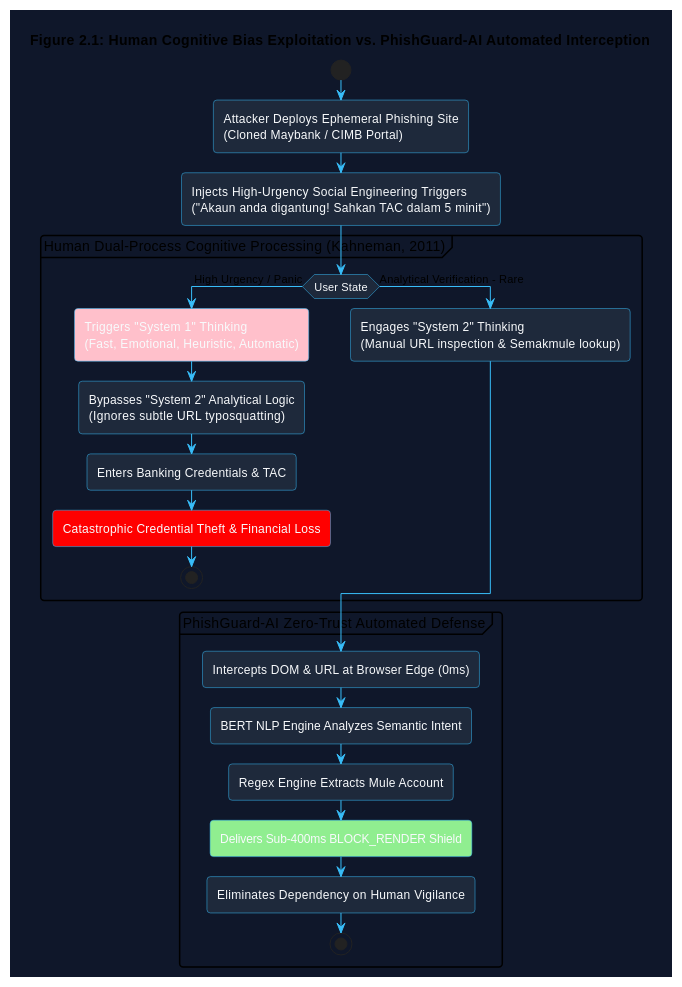
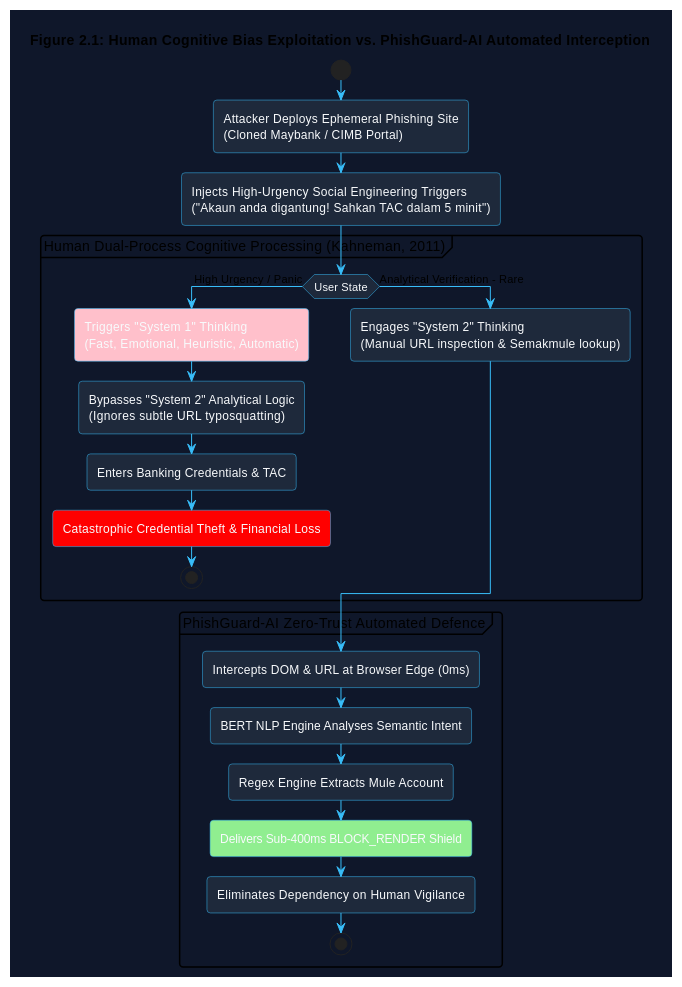
One commit to KunTheNoobie/PhishGuard-AI-Complete changed the first of 4 diagrams in report/Chapter_2_Literature_Review.md. Above: the diagram before and after it, drawn with PlantUML. The commit also changed other lines of this file, not shown here.

````diff
--- a/report/Chapter_2_Literature_Review.md
+++ b/report/Chapter_2_Literature_Review.md
@@ -51,38 +51,38 @@
 ```plantuml
 @startuml Cognitive_Exploitation_Chapter_2
 !theme vibrant
 skinparam backgroundColor #0f172a
 skinparam ArrowColor #38bdf8
 skinparam ActivityBorderColor #38bdf8
 skinparam ActivityBackgroundColor #1e293b
 skinparam ActivityFontColor #f8fafc
 
 title Figure 2.1: Human Cognitive Bias Exploitation vs. PhishGuard-AI Automated Interception
 
 start
 :Attacker Deploys Ephemeral Phishing Site\n(Cloned Maybank / CIMB Portal);
 :Injects High-Urgency Social Engineering Triggers\n("Akaun anda digantung! Sahkan TAC dalam 5 minit");
 
 partition "Human Dual-Process Cognitive Processing (Kahneman, 2011)" {
     if (User State) then (High Urgency / Panic)
         #pink:Triggers "System 1" Thinking\n(Fast, Emotional, Heuristic, Automatic);
         :Bypasses "System 2" Analytical Logic\n(Ignores subtle URL typosquatting);
         :Enters Banking Credentials & TAC;
         #red:Catastrophic Credential Theft & Financial Loss;
         stop
     else (Analytical Verification - Rare)
         :Engages "System 2" Thinking\n(Manual URL inspection & Semakmule lookup);
     endif
 }
 
-partition "PhishGuard-AI Zero-Trust Automated Defense" {
+partition "PhishGuard-AI Zero-Trust Automated Defence" {
     :Intercepts DOM & URL at Browser Edge (0ms);
-    :BERT NLP Engine Analyzes Semantic Intent;
+    :BERT NLP Engine Analyses Semantic Intent;
     :Regex Engine Extracts Mule Account;
     #lightgreen:Delivers Sub-400ms BLOCK_RENDER Shield;
     :Eliminates Dependency on Human Vigilance;
     stop
 }
 
 @enduml
 ```
````
